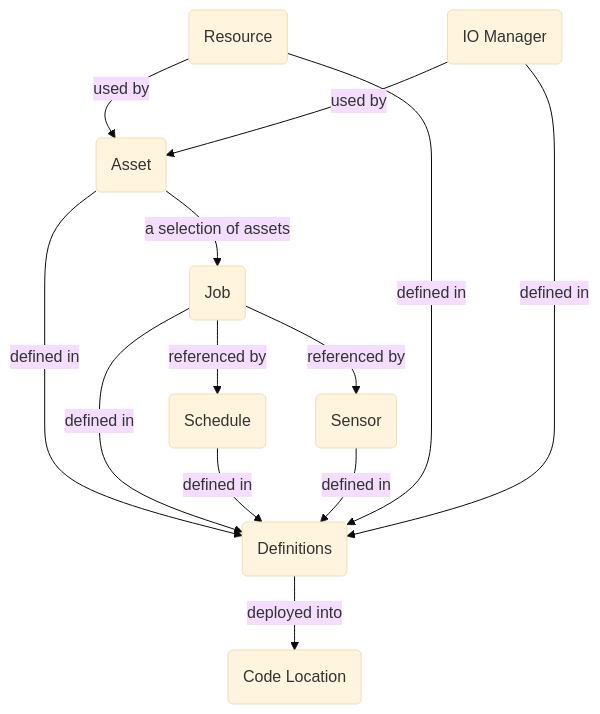
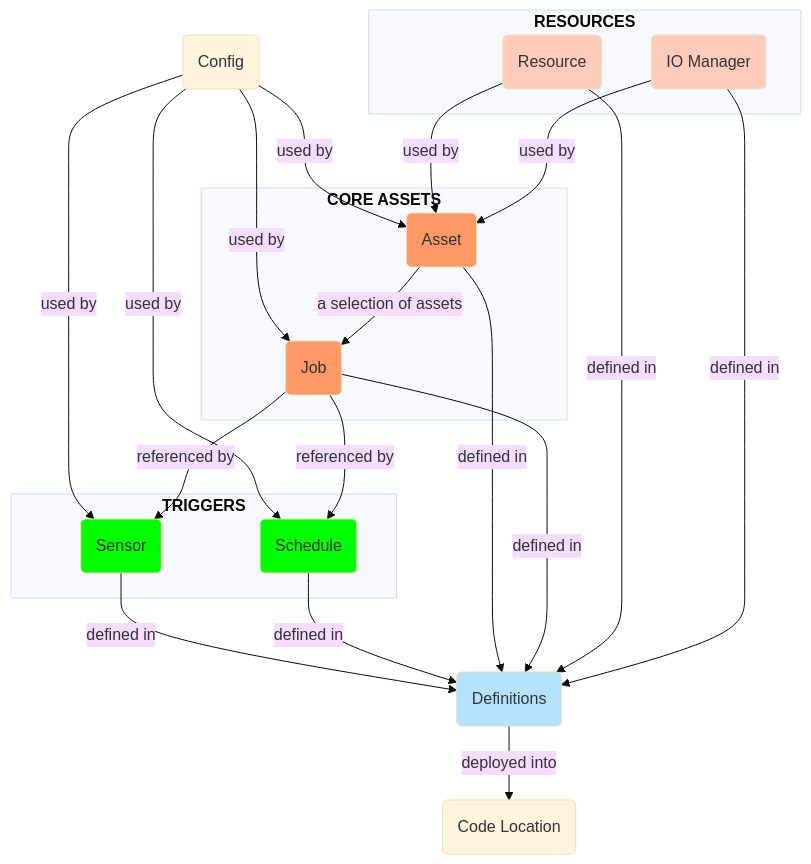
The diagram in README.md (shuhua-wang/tutorial.dagster), drawn with Mermaid (base theme) before and after one commit. The commit also changed other lines of this file, not shown here.

Commit message:
add config and update relationship map

````diff
--- a/README.md
+++ b/README.md
@@ -22,15 +25,26 @@
 ```mermaid
 flowchart TD
-id1(Asset) -- a selection of assets --> id2(Job)
-id1 -- defined in --> id3(Definitions)
-id2 -- defined in --> id3(Definitions)
-id2 -- referenced by --> id4(Schedule)
-id4 -- defined in --> id3(Definitions)
-id2 -- referenced by --> id5(Sensor)
-id5 -- defined in --> id3(Definitions)
-id6(Resource) -- used by --> id1
-id6 -- defined in --> id3(Definitions)
-id3 -- deployed into --> id7(Code Location)
-id8(IO Manager) -- used by --> id1
-id8 -- defined in --> id3(Definitions)
+id1(Config) -- used by --> id2 & id3 & id4 & id5
+
+subgraph "`**CORE ASSETS**`"
+id4(Asset):::assetclass -- a selection of assets --> id5(Job):::jobclass
+classDef assetclass fill:#f96
+classDef jobclass fill:#f96
+end
+
+subgraph "`**TRIGGERS**`"
+id5 -- referenced by --> id2(Sensor):::sensorclass & id3(Schedule):::scheduleclass
+classDef sensorclass fill:#0f0
+classDef scheduleclass fill:#0f0
+end
+
+subgraph "`**RESOURCES**`"
+id6(Resource):::resourceclass & id7(IO Manager):::iomgr -- used by --> id4
+classDef resourceclass fill:#ffccbc
+classDef iomgr fill:#ffccbc
+end
+
+id2 & id3 & id4 & id5 & id6 & id7 -- defined in --> id8(Definitions):::definitionclass
+classDef definitionclass fill:#b6e1ff
+id8 -- deployed into --> id9(Code Location)
 ```
````
